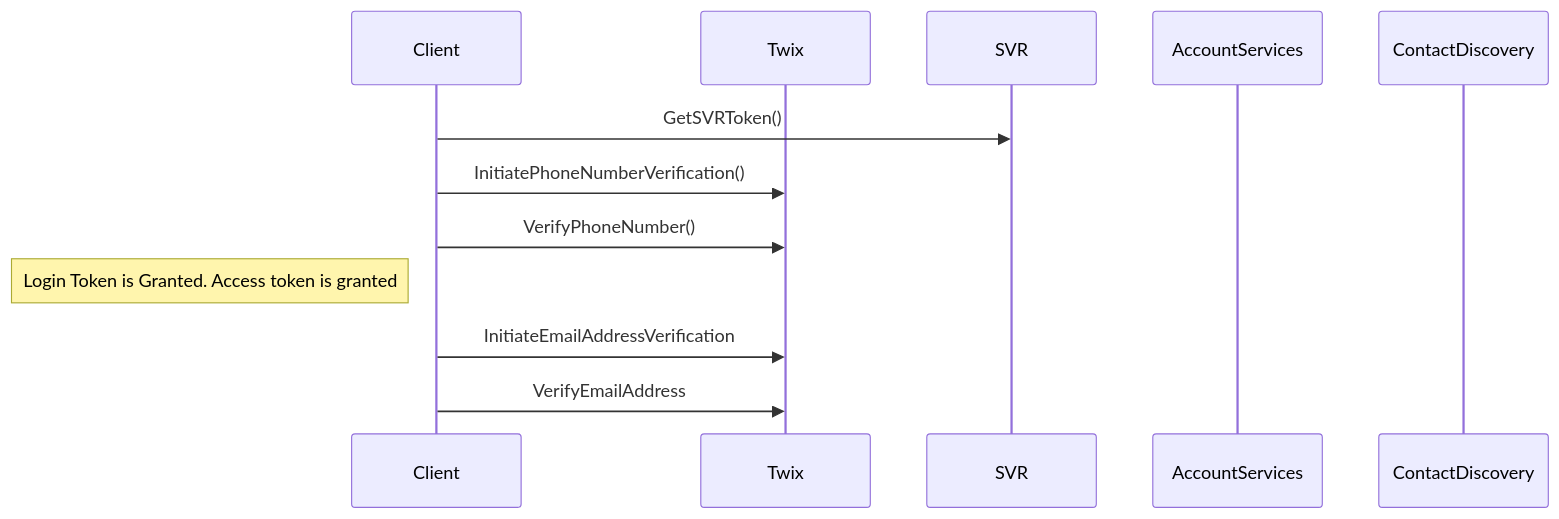
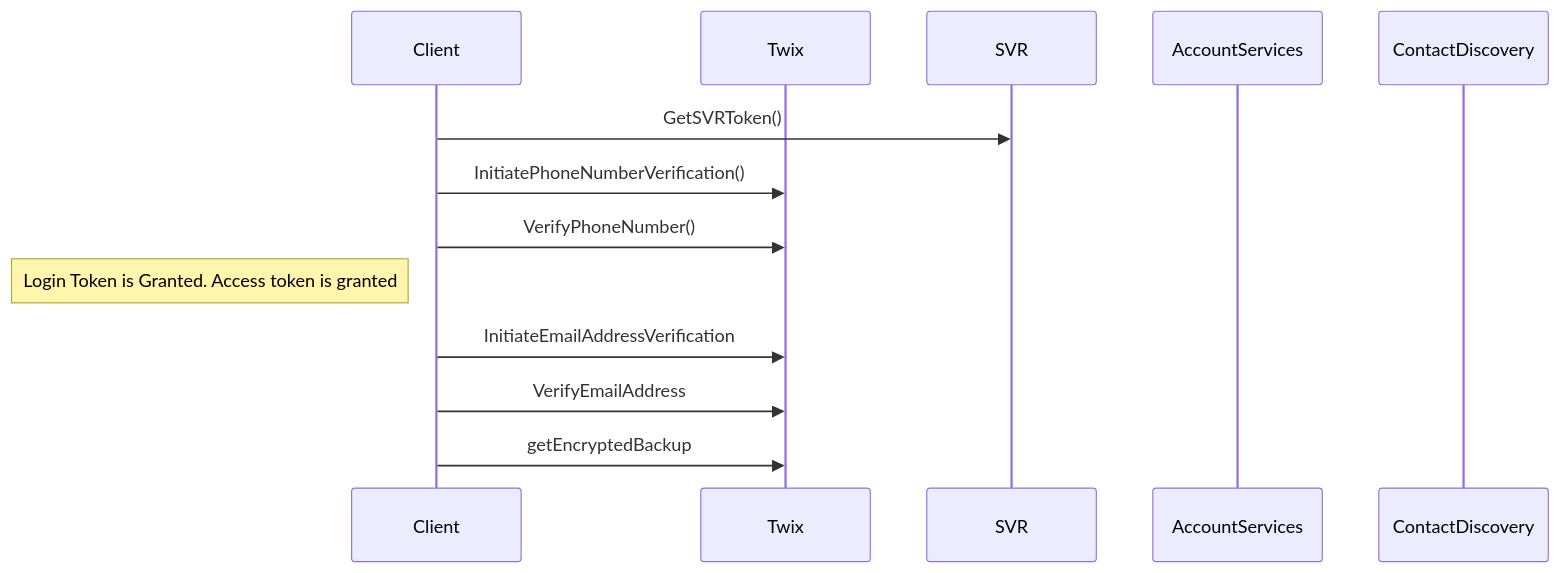
Before and after one commit to trunkafunk/trunkafunk: the second of 2 diagrams in testfile.MD, drawn with Mermaid. The commit also changed other lines of this file, not shown here.

````diff
--- a/testfile.MD
+++ b/testfile.MD
@@ -32,18 +35,23 @@
 ```mermaid
 sequenceDiagram
     participant Client
     participant Twix
     participant SVR
     Client->>SVR: GetSVRToken()
 
     Client->>Twix: InitiatePhoneNumberVerification() 
     Client->>Twix: VerifyPhoneNumber()
     Note left of Client: Login Token is Granted. Access token is granted
     Client->>Twix: InitiateEmailAddressVerification
     Client->>Twix: VerifyEmailAddress    
+    Client->>Twix: getEncryptedBackup    
+    
+    
+    
+    
     
     participant AccountServices
     participant ContactDiscovery
     
 
 ```
````
